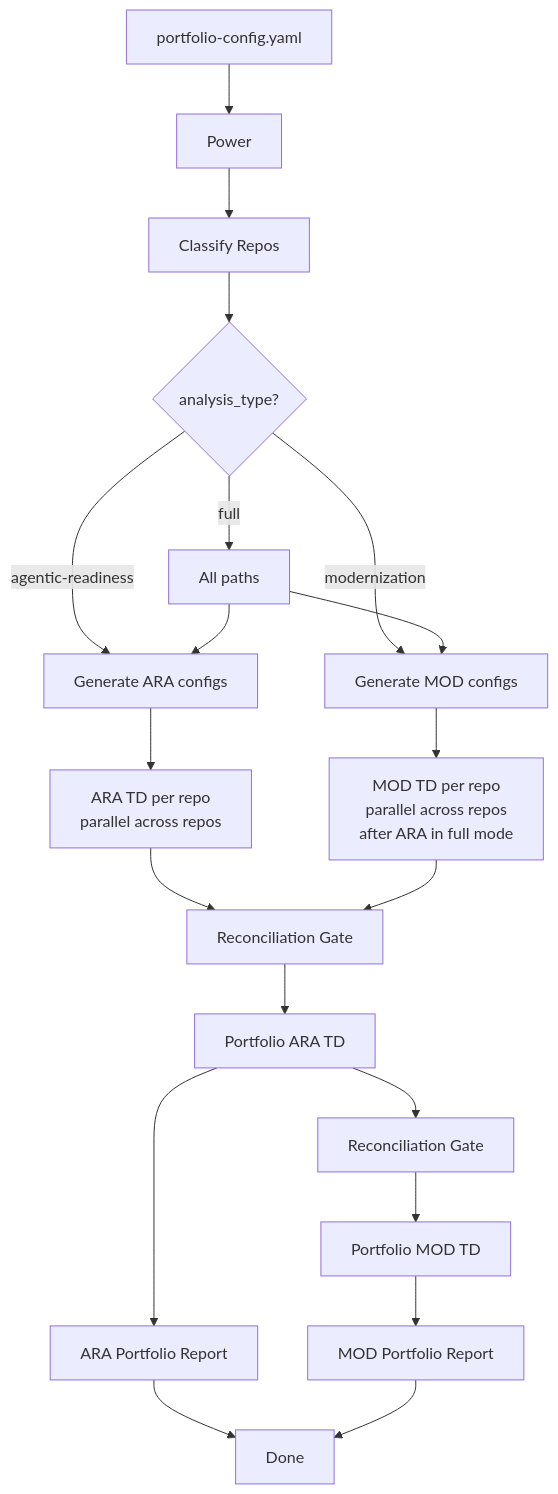
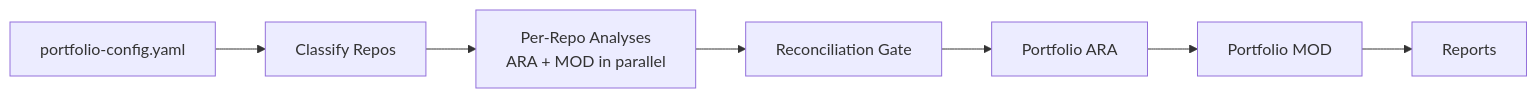
Before and after one commit to aws-samples/sample-agentic-readiness-analysis-orchestrator: the first of 4 diagrams in README.md, drawn with Mermaid.

Commit message:
docs: simplify main architecture mermaid diagram
Replace the complex branching flowchart with a concise linear
pipeline view that's easier to explain at a glance.

````diff
--- a/README.md
+++ b/README.md
@@ -30,29 +30,9 @@
 ```mermaid
-flowchart TB
-    CONFIG[portfolio-config.yaml] --> POWER[Power]
-    
-    POWER --> CLASSIFY[Classify Repos]
-    CLASSIFY --> ROUTE{analysis_type?}
-    
-    ROUTE -->|agentic-readiness| A_GEN[Generate ARA configs]
-    ROUTE -->|modernization| M_GEN[Generate MOD configs]
-    ROUTE -->|full| ALL[All paths]
-    ALL --> A_GEN
-    ALL --> M_GEN
-
-    A_GEN --> A_RUN[ARA TD per repo<br/>parallel across repos]
-    M_GEN --> M_RUN[MOD TD per repo<br/>parallel across repos<br/>after ARA in full mode]
-
-    A_RUN --> GATE1[Reconciliation Gate]
-    M_RUN --> GATE1
-
-    GATE1 --> A_PORT[Portfolio ARA TD]
-    A_PORT --> GATE2[Reconciliation Gate]
-    GATE2 --> M_PORT[Portfolio MOD TD]
-
-    A_PORT --> A_OUT[ARA Portfolio Report]
-    M_PORT --> M_OUT[MOD Portfolio Report]
-
-    A_OUT --> DONE[Done]
-    M_OUT --> DONE
+flowchart LR
+    CONFIG[portfolio-config.yaml] --> CLASSIFY[Classify Repos]
+    CLASSIFY --> PARALLEL[Per-Repo Analyses<br/>ARA + MOD in parallel]
+    PARALLEL --> GATE[Reconciliation Gate]
+    GATE --> PORT_ARA[Portfolio ARA]
+    PORT_ARA --> PORT_MOD[Portfolio MOD]
+    PORT_MOD --> REPORTS[Reports]
 ```
````
